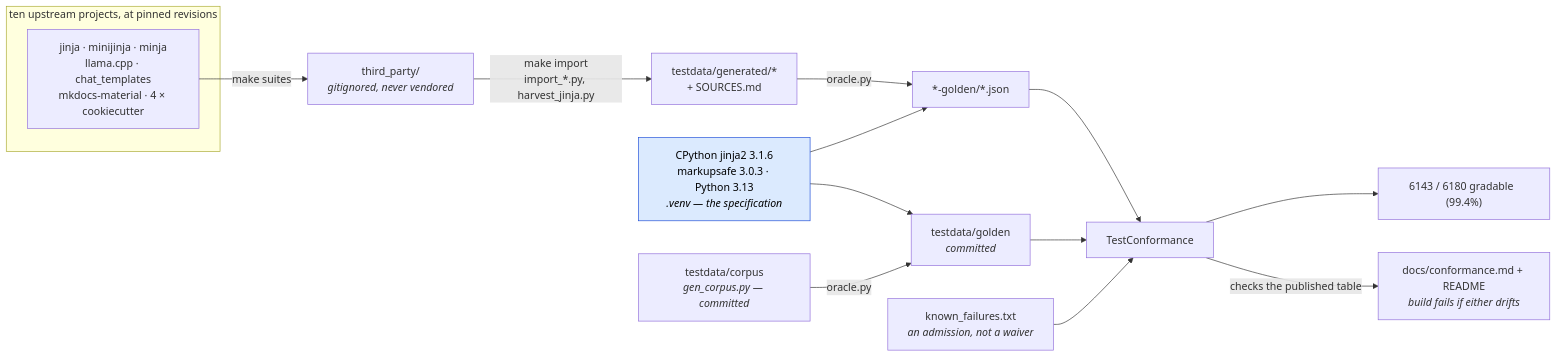
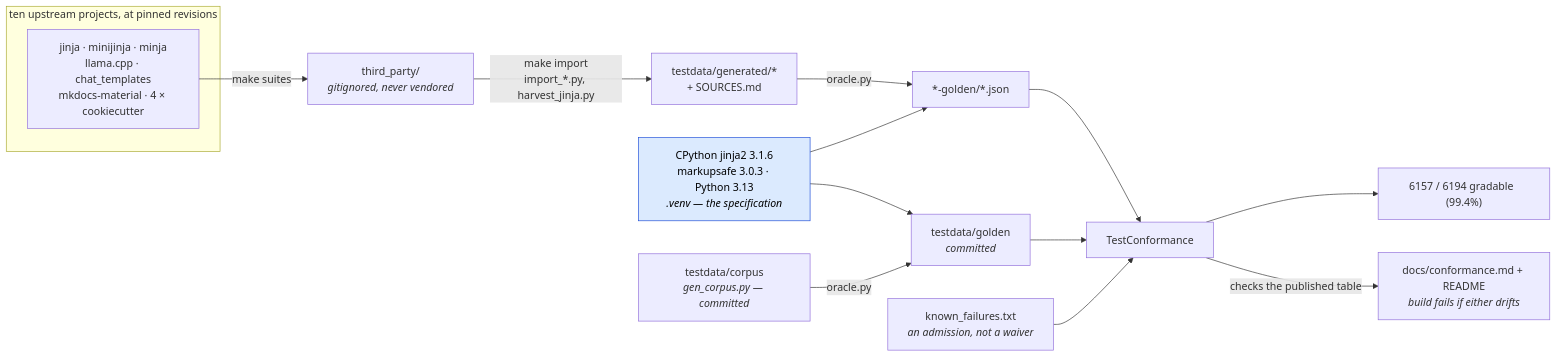
Before and after one commit to mgilbir/gojja2: the first of 2 diagrams in docs/conformance.md, drawn with Mermaid. The commit also changed other lines of this file and 46 other files, not shown here.

````diff
--- a/docs/conformance.md
+++ b/docs/conformance.md
@@ -17,24 +17,24 @@
 ```mermaid
 flowchart LR
     subgraph up["ten upstream projects, at pinned revisions"]
         U1["jinja · minijinja · minja<br/>llama.cpp · chat_templates<br/>mkdocs-material · 4 × cookiecutter"]
     end
     U1 -->|"make suites"| TP["third_party/<br/><i>gitignored, never vendored</i>"]
     TP -->|"make import<br/>import_*.py, harvest_jinja.py"| GEN["testdata/generated/*<br/>+ SOURCES.md"]
 
     ORA["CPython jinja2 3.1.6<br/>markupsafe 3.0.3 · Python 3.13<br/><i>.venv — the specification</i>"]
     GEN -->|"oracle.py"| G2["*-golden/*.json"]
     ORA --> G2
 
     OWN["testdata/corpus<br/><i>gen_corpus.py — committed</i>"] -->|"oracle.py"| G1["testdata/golden<br/><i>committed</i>"]
     ORA --> G1
 
     G1 --> TC["TestConformance"]
     G2 --> TC
     KF["known_failures.txt<br/><i>an admission, not a waiver</i>"] --> TC
-    TC --> RATE["6143 / 6180 gradable  (99.4%)"]
+    TC --> RATE["6157 / 6194 gradable  (99.4%)"]
     TC -->|"checks the published table"| RM["docs/conformance.md + README<br/><i>build fails if either drifts</i>"]
 
     classDef spec fill:#dbeafe,stroke:#1d4ed8,color:#000
     class ORA spec
 ```
````
